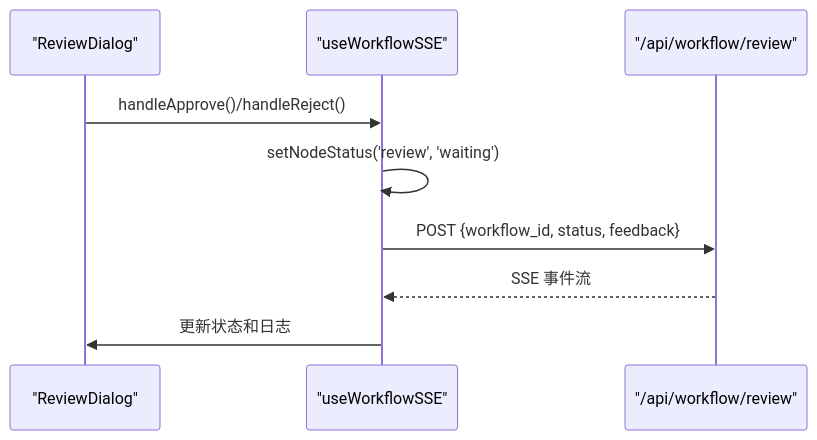
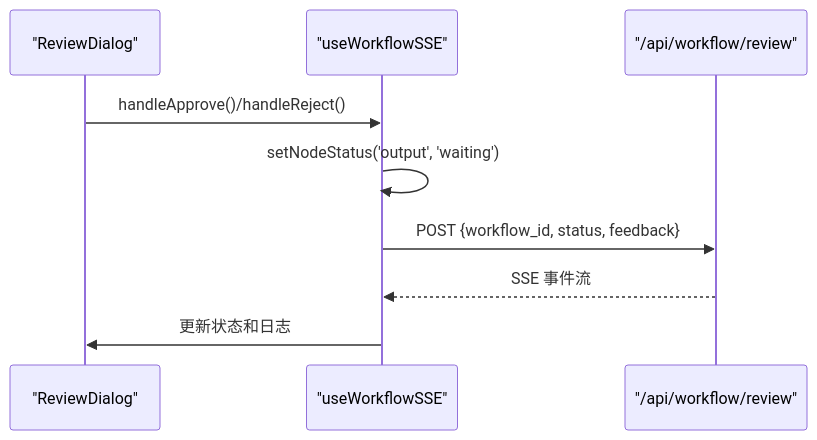
The fifth of 8 diagrams in .qoder/repowiki/zh/content/系统架构/后端架构/节点系统架构/审核节点 (review_node).md (sundew26/agent-week3), drawn with Mermaid before and after one commit. The commit also changed other lines of this file and 42 other files, not shown here.

````diff
--- a/.qoder/repowiki/zh/content/系统架构/后端架构/节点系统架构/审核节点 (review_node).md
+++ b/.qoder/repowiki/zh/content/系统架构/后端架构/节点系统架构/审核节点 (review_node).md
@@ -217,11 +223,11 @@
 ```mermaid
 sequenceDiagram
 participant UI as "ReviewDialog"
 participant SSE as "useWorkflowSSE"
 participant API as "/api/workflow/review"
 UI->>SSE : handleApprove()/handleReject()
-SSE->>SSE : setNodeStatus('review', 'waiting')
+SSE->>SSE : setNodeStatus('output', 'waiting')
 SSE->>API : POST {workflow_id, status, feedback}
 API-->>SSE : SSE 事件流
 SSE->>UI : 更新状态和日志
 ```
````
